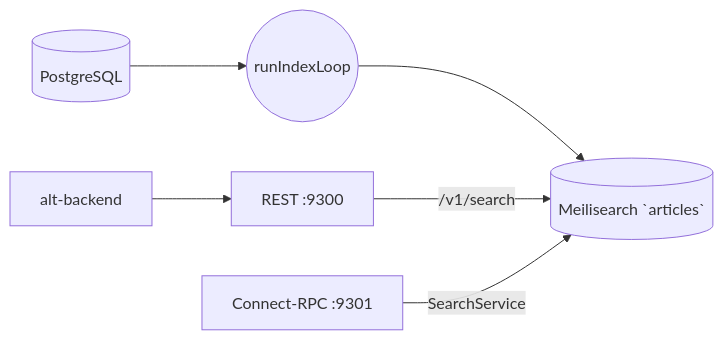
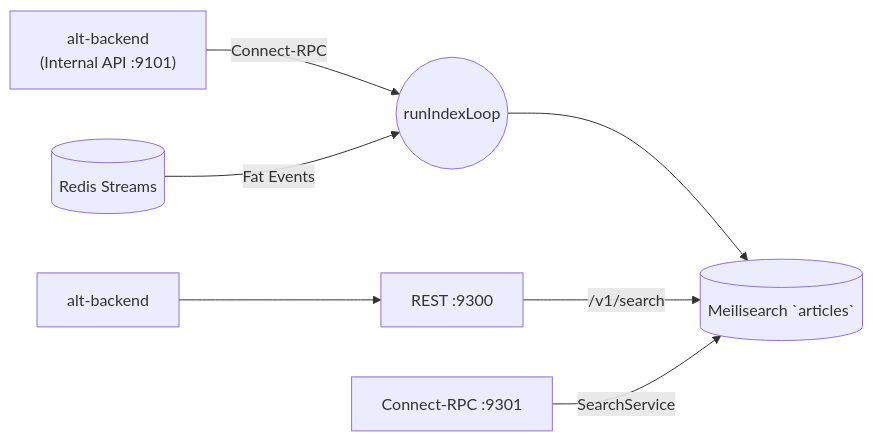
Before and after one commit to Kaikei-e/Alt: the diagram in docs/services/search-indexer.md, drawn with Mermaid. The commit also changed other lines of this file and 6 other files, not shown here.

````diff
--- a/docs/services/search-indexer.md
+++ b/docs/services/search-indexer.md
@@ -22,14 +22,16 @@
 ```mermaid
 flowchart LR
-    Postgres[(PostgreSQL)]
+    AltBackend["alt-backend\n(Internal API :9101)"]
     Loop((runIndexLoop))
     Meili[(Meilisearch `articles`)]
     REST[REST :9300]
     RPC[Connect-RPC :9301]
+    Redis[(Redis Streams)]
     Backend["alt-backend"]
 
-    Postgres --> Loop --> Meili
+    AltBackend -->|Connect-RPC| Loop --> Meili
+    Redis -->|Fat Events| Loop
     REST -->|/v1/search| Meili
     RPC -->|SearchService| Meili
     Backend --> REST
 ```
````
